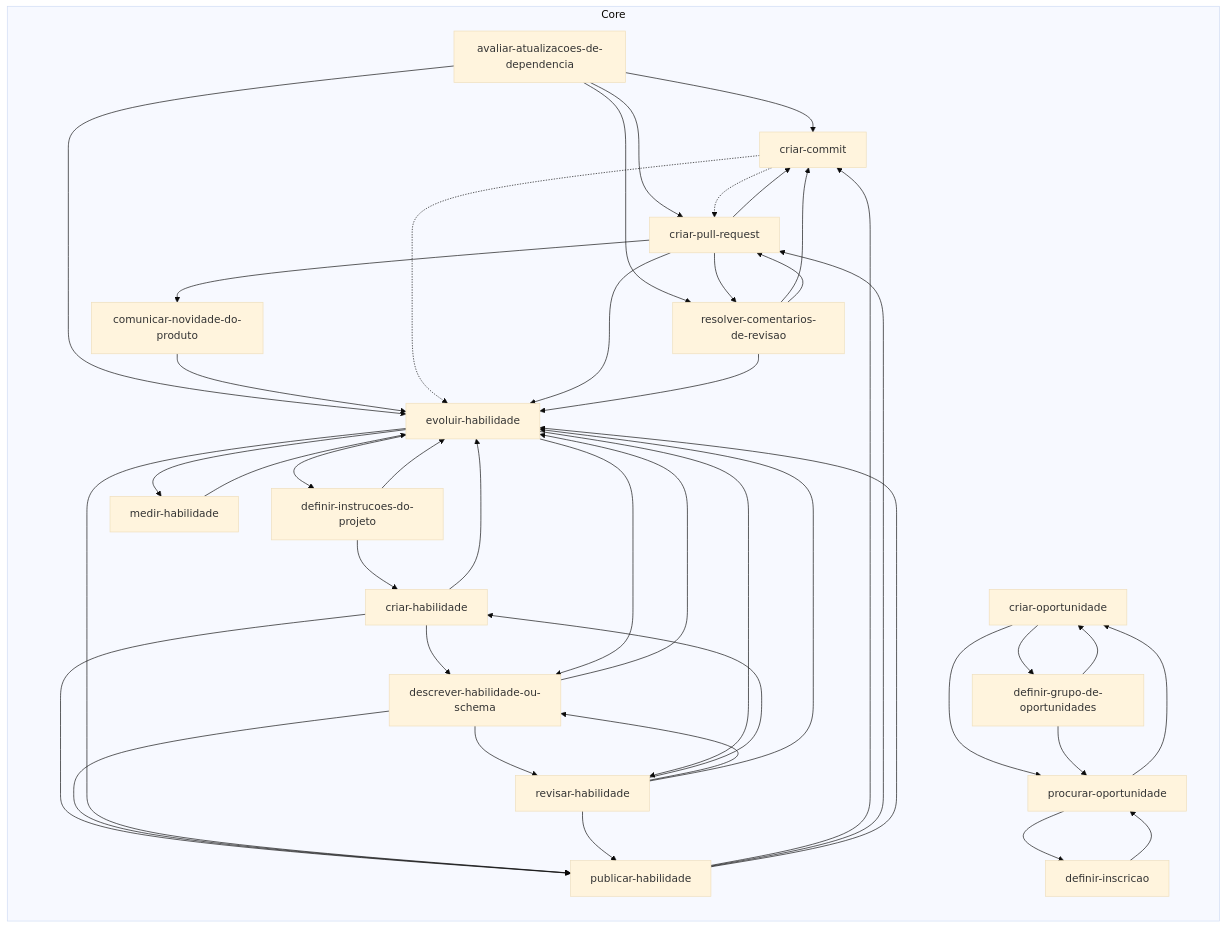
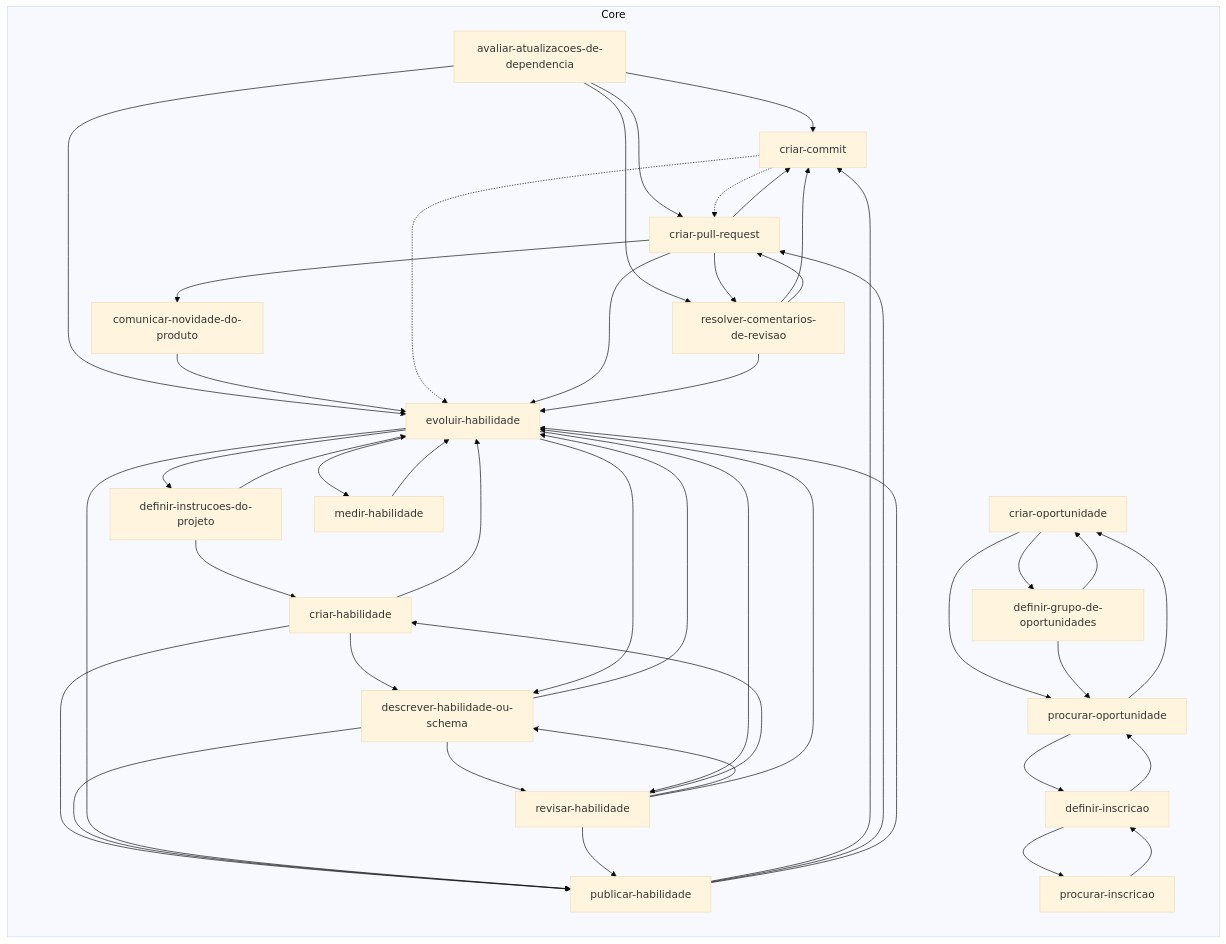
Before and after one commit to jimmyandrade/harness: the diagram in .agents/skills/README.md, drawn with Mermaid (base theme). The commit also changed 4 other files, not shown here.

First line of the commit message:
feat(procurar-inscricao): move the skill to the core

````diff
--- a/.agents/skills/README.md
+++ b/.agents/skills/README.md
@@ -11,63 +11,66 @@
 ```mermaid
 flowchart LR
   subgraph core["Core"]
     avaliar_atualizacoes_de_dependencia["avaliar-atualizacoes-de-dependencia"]
     comunicar_novidade_do_produto["comunicar-novidade-do-produto"]
     criar_commit["criar-commit"]
     criar_habilidade["criar-habilidade"]
     criar_oportunidade["criar-oportunidade"]
     criar_pull_request["criar-pull-request"]
     definir_grupo_de_oportunidades["definir-grupo-de-oportunidades"]
     definir_inscricao["definir-inscricao"]
     definir_instrucoes_do_projeto["definir-instrucoes-do-projeto"]
     descrever_habilidade_ou_schema["descrever-habilidade-ou-schema"]
     evoluir_habilidade["evoluir-habilidade"]
     medir_habilidade["medir-habilidade"]
+    procurar_inscricao["procurar-inscricao"]
     procurar_oportunidade["procurar-oportunidade"]
     publicar_habilidade["publicar-habilidade"]
     resolver_comentarios_de_revisao["resolver-comentarios-de-revisao"]
     revisar_habilidade["revisar-habilidade"]
   end
   avaliar_atualizacoes_de_dependencia --> criar_commit
   avaliar_atualizacoes_de_dependencia --> criar_pull_request
   avaliar_atualizacoes_de_dependencia --> evoluir_habilidade
   avaliar_atualizacoes_de_dependencia --> resolver_comentarios_de_revisao
   comunicar_novidade_do_produto --> evoluir_habilidade
   criar_commit -.-> criar_pull_request
   criar_commit -.-> evoluir_habilidade
   criar_habilidade --> descrever_habilidade_ou_schema
   criar_habilidade --> evoluir_habilidade
   criar_habilidade --> publicar_habilidade
   criar_oportunidade --> definir_grupo_de_oportunidades
   criar_oportunidade --> procurar_oportunidade
   criar_pull_request --> comunicar_novidade_do_produto
   criar_pull_request --> criar_commit
   criar_pull_request --> evoluir_habilidade
   criar_pull_request --> resolver_comentarios_de_revisao
   definir_grupo_de_oportunidades --> criar_oportunidade
   definir_grupo_de_oportunidades --> procurar_oportunidade
+  definir_inscricao --> procurar_inscricao
   definir_inscricao --> procurar_oportunidade
   definir_instrucoes_do_projeto --> criar_habilidade
   definir_instrucoes_do_projeto --> evoluir_habilidade
   descrever_habilidade_ou_schema --> evoluir_habilidade
   descrever_habilidade_ou_schema --> publicar_habilidade
   descrever_habilidade_ou_schema --> revisar_habilidade
   evoluir_habilidade --> definir_instrucoes_do_projeto
   evoluir_habilidade --> descrever_habilidade_ou_schema
   evoluir_habilidade --> medir_habilidade
   evoluir_habilidade --> publicar_habilidade
   evoluir_habilidade --> revisar_habilidade
   medir_habilidade --> evoluir_habilidade
+  procurar_inscricao --> definir_inscricao
   procurar_oportunidade --> criar_oportunidade
   procurar_oportunidade --> definir_inscricao
   publicar_habilidade --> criar_commit
   publicar_habilidade --> criar_pull_request
   publicar_habilidade --> evoluir_habilidade
   resolver_comentarios_de_revisao --> criar_commit
   resolver_comentarios_de_revisao --> criar_pull_request
   resolver_comentarios_de_revisao --> evoluir_habilidade
   revisar_habilidade --> criar_habilidade
   revisar_habilidade --> descrever_habilidade_ou_schema
   revisar_habilidade --> evoluir_habilidade
   revisar_habilidade --> publicar_habilidade
 ```
````
